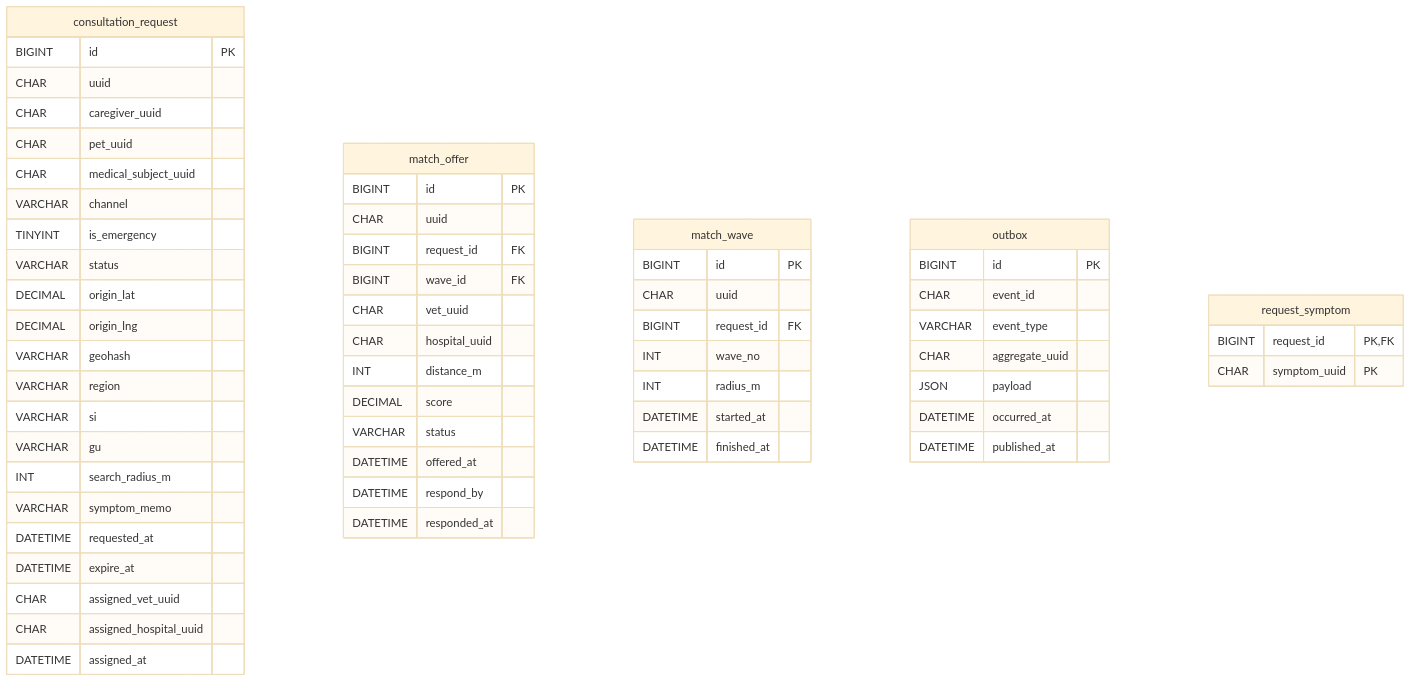
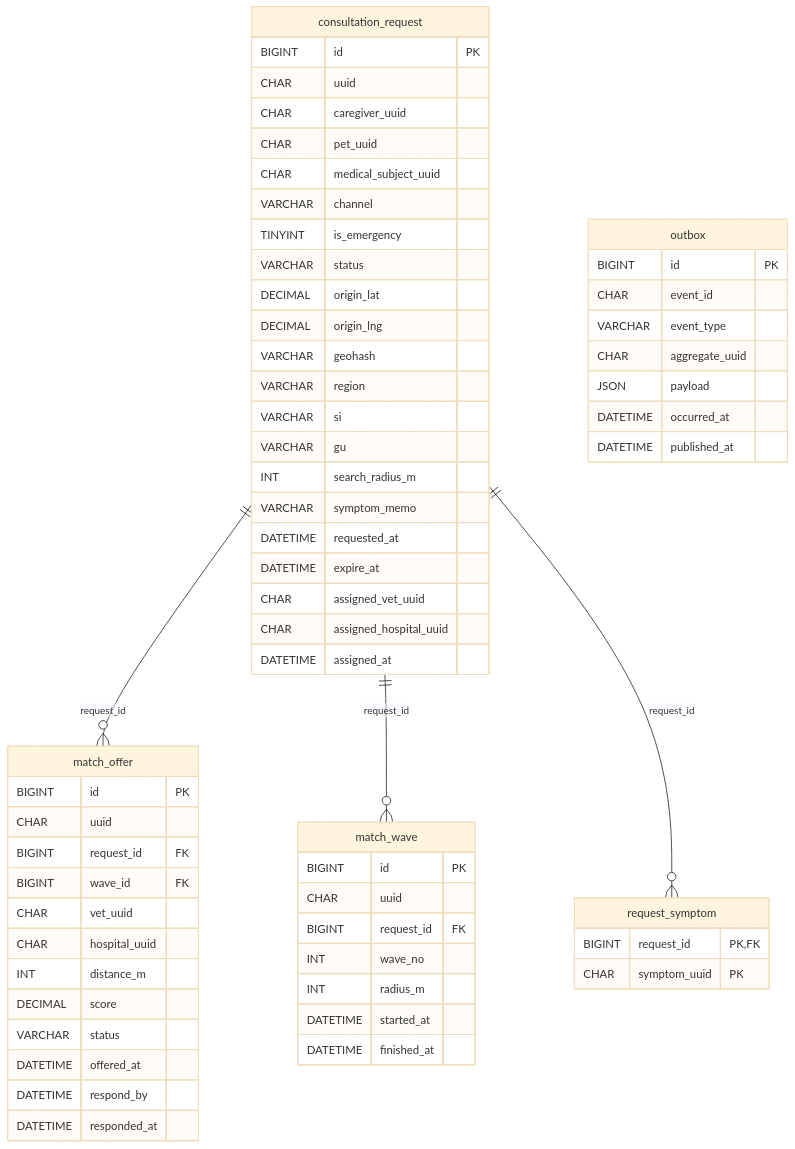
Before and after one commit to louie-kury/louie-kury-document: the first of 2 diagrams in docs/erd/svc_matching.md, drawn with Mermaid (base theme). The commit also changed other lines of this file and 10 other files, not shown here.

Commit message:
docs: ERD 테이블 사이 관계선 추가

````diff
--- a/docs/erd/svc_matching.md
+++ b/docs/erd/svc_matching.md
@@ -10,62 +10,65 @@
 ```mermaid
 erDiagram
     consultation_request {
         BIGINT id PK
         CHAR uuid
         CHAR caregiver_uuid
         CHAR pet_uuid
         CHAR medical_subject_uuid
         VARCHAR channel
         TINYINT is_emergency
         VARCHAR status
         DECIMAL origin_lat
         DECIMAL origin_lng
         VARCHAR geohash
         VARCHAR region
         VARCHAR si
         VARCHAR gu
         INT search_radius_m
         VARCHAR symptom_memo
         DATETIME requested_at
         DATETIME expire_at
         CHAR assigned_vet_uuid
         CHAR assigned_hospital_uuid
         DATETIME assigned_at
     }
     match_offer {
         BIGINT id PK
         CHAR uuid
         BIGINT request_id FK
         BIGINT wave_id FK
         CHAR vet_uuid
         CHAR hospital_uuid
         INT distance_m
         DECIMAL score
         VARCHAR status
         DATETIME offered_at
         DATETIME respond_by
         DATETIME responded_at
     }
     match_wave {
         BIGINT id PK
         CHAR uuid
         BIGINT request_id FK
         INT wave_no
         INT radius_m
         DATETIME started_at
         DATETIME finished_at
     }
     outbox {
         BIGINT id PK
         CHAR event_id
         VARCHAR event_type
         CHAR aggregate_uuid
         JSON payload
         DATETIME occurred_at
         DATETIME published_at
     }
     request_symptom {
         BIGINT request_id PK,FK
         CHAR symptom_uuid PK
     }
+    consultation_request ||--o{ match_offer : "request_id"
+    consultation_request ||--o{ match_wave : "request_id"
+    consultation_request ||--o{ request_symptom : "request_id"
 ```
````
